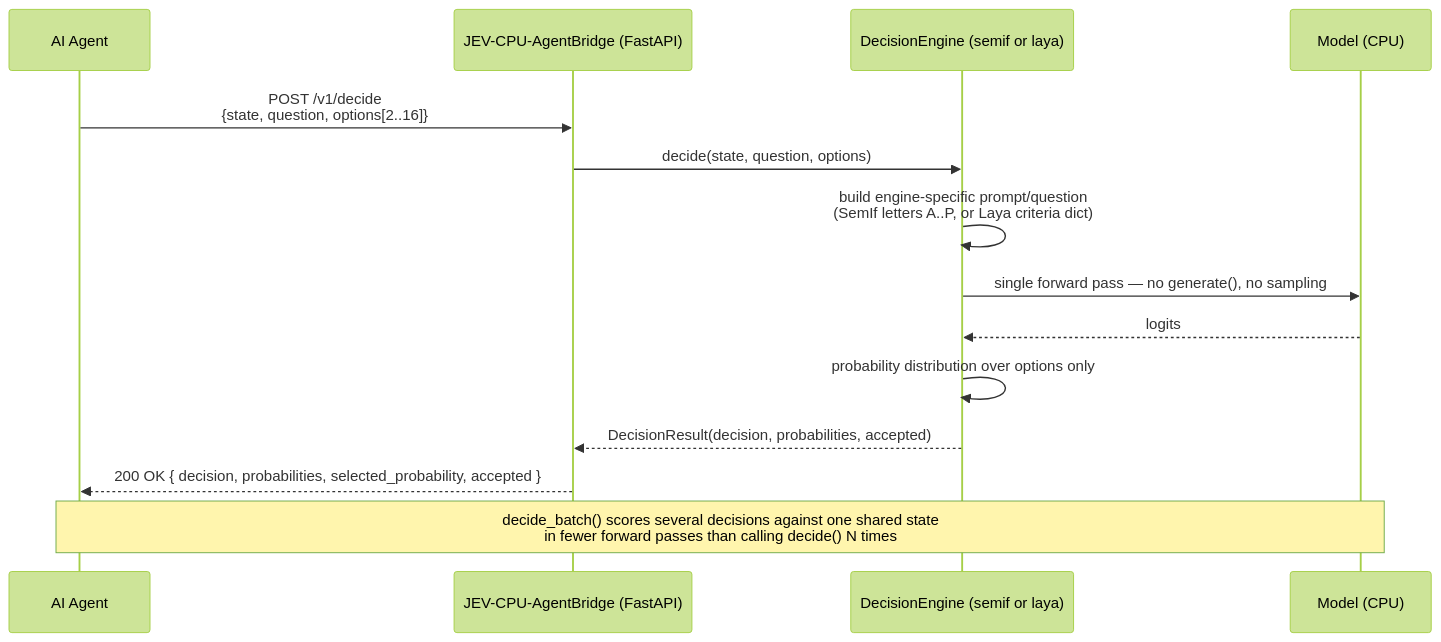
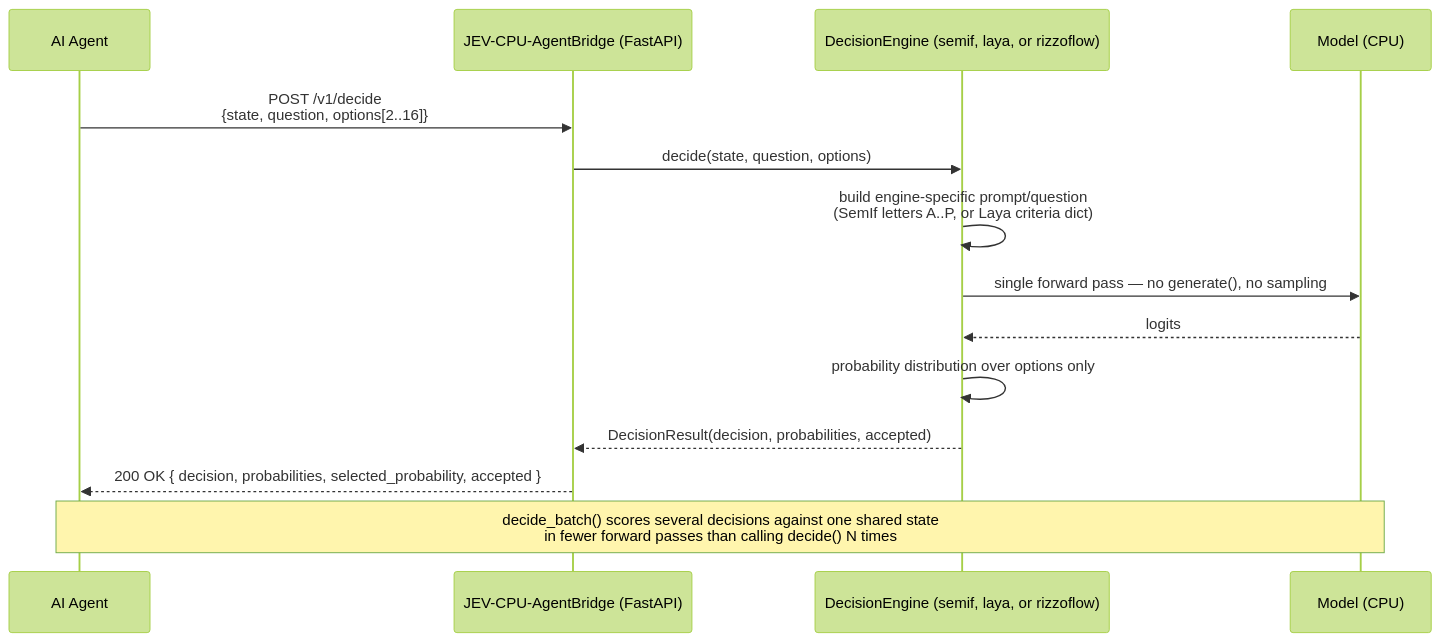
The second of 2 diagrams in README.md (GiskardB/jev-agentbridge), drawn with Mermaid (forest theme) before and after one commit. The commit also changed other lines of this file and 10 other files, not shown here.

Commit message:
feat: Docker image tags now bake in engine selection (JEV_ENGINE); update docs; verify Laya e2e with OpenCode integration

````diff
--- a/README.md
+++ b/README.md
@@ -53,18 +51,18 @@
 ```mermaid
 sequenceDiagram
     participant Agent as AI Agent
     participant Bridge as JEV-CPU-AgentBridge (FastAPI)
-    participant Engine as DecisionEngine (semif or laya)
+    participant Engine as DecisionEngine (semif, laya, or rizzoflow)
     participant Model as Model (CPU)
 
     Agent->>Bridge: POST /v1/decide<br/>{state, question, options[2..16]}
     Bridge->>Engine: decide(state, question, options)
     Engine->>Engine: build engine-specific prompt/question<br/>(SemIf letters A..P, or Laya criteria dict)
     Engine->>Model: single forward pass — no generate(), no sampling
     Model-->>Engine: logits
     Engine->>Engine: probability distribution over options only
     Engine-->>Bridge: DecisionResult(decision, probabilities, accepted)
     Bridge-->>Agent: 200 OK { decision, probabilities, selected_probability, accepted }
 
     Note over Agent,Model: decide_batch() scores several decisions against one shared state<br/>in fewer forward passes than calling decide() N times
 ```
````
